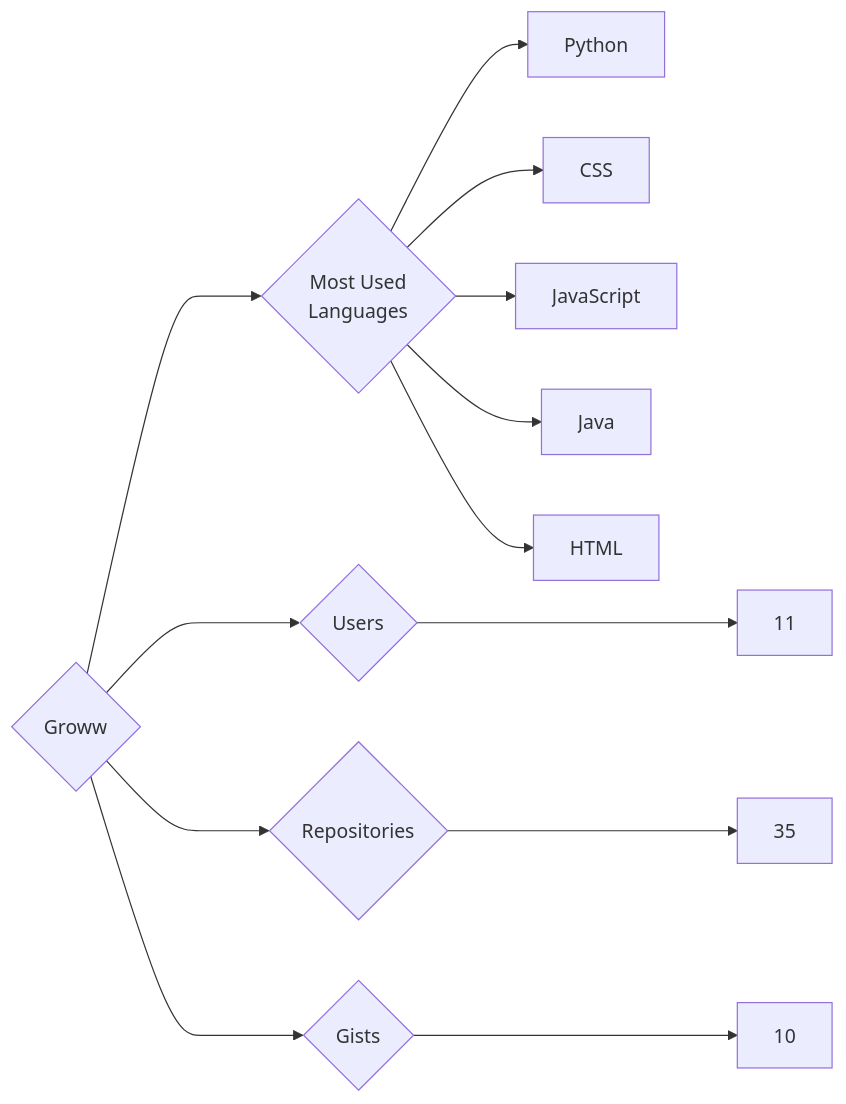
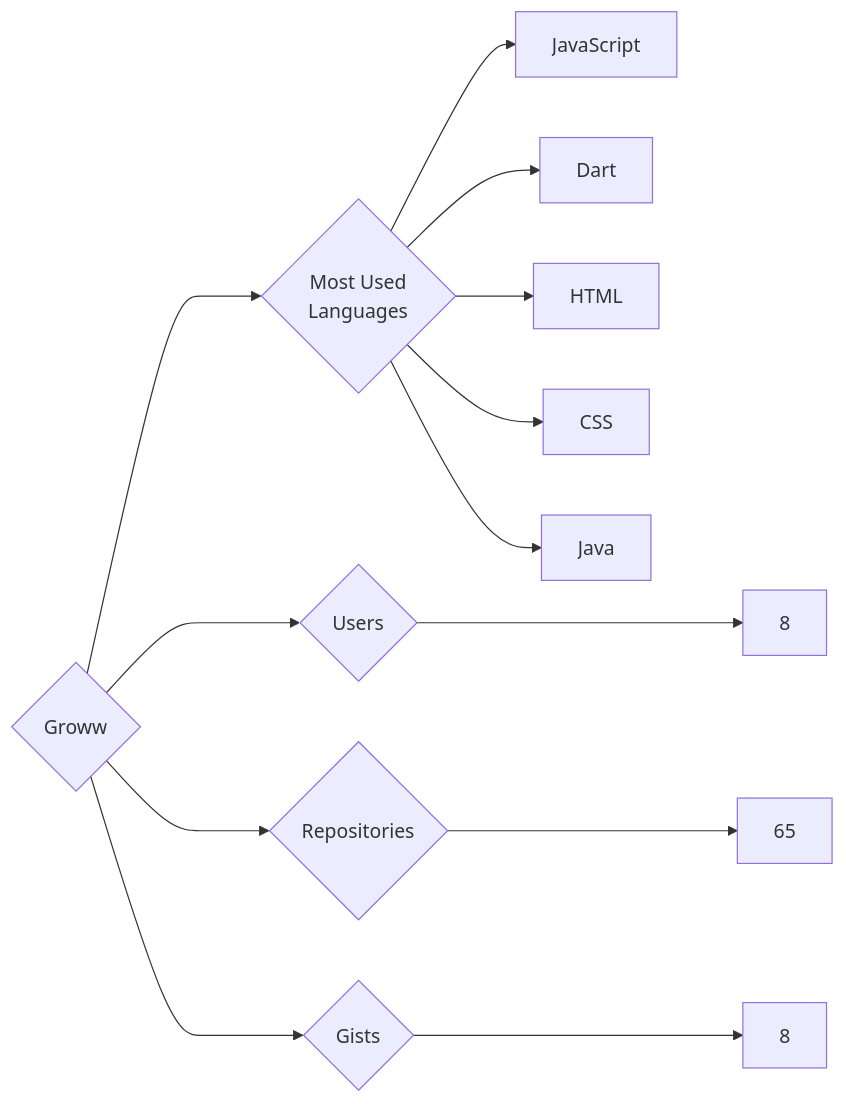
Before and after one commit to trickest/insiders: the diagram in targets/Groww/README.md, drawn with Mermaid. The commit also changed 1078 other files, not shown here.

````diff
--- a/targets/Groww/README.md
+++ b/targets/Groww/README.md
@@ -3,13 +3,13 @@
 ```mermaid
 graph LR
 COMPANY_NAME{Groww}
-COMPANY_NAME ---> U{Users} ---> UN[11]
-COMPANY_NAME ---> R{Repositories} ---> RN[35]
-COMPANY_NAME ---> G{Gists} ---> GN[10]
+COMPANY_NAME ---> U{Users} ---> UN[8]
+COMPANY_NAME ---> R{Repositories} ---> RN[65]
+COMPANY_NAME ---> G{Gists} ---> GN[8]
 COMPANY_NAME ---> ML{Most Used<br>Languages}
-ML --> Python[Python]
+ML --> JavaScript[JavaScript]
+ML --> Dart[Dart]
+ML --> HTML[HTML]
 ML --> CSS[CSS]
-ML --> JavaScript[JavaScript]
 ML --> Java[Java]
-ML --> HTML[HTML]
 ```
````
